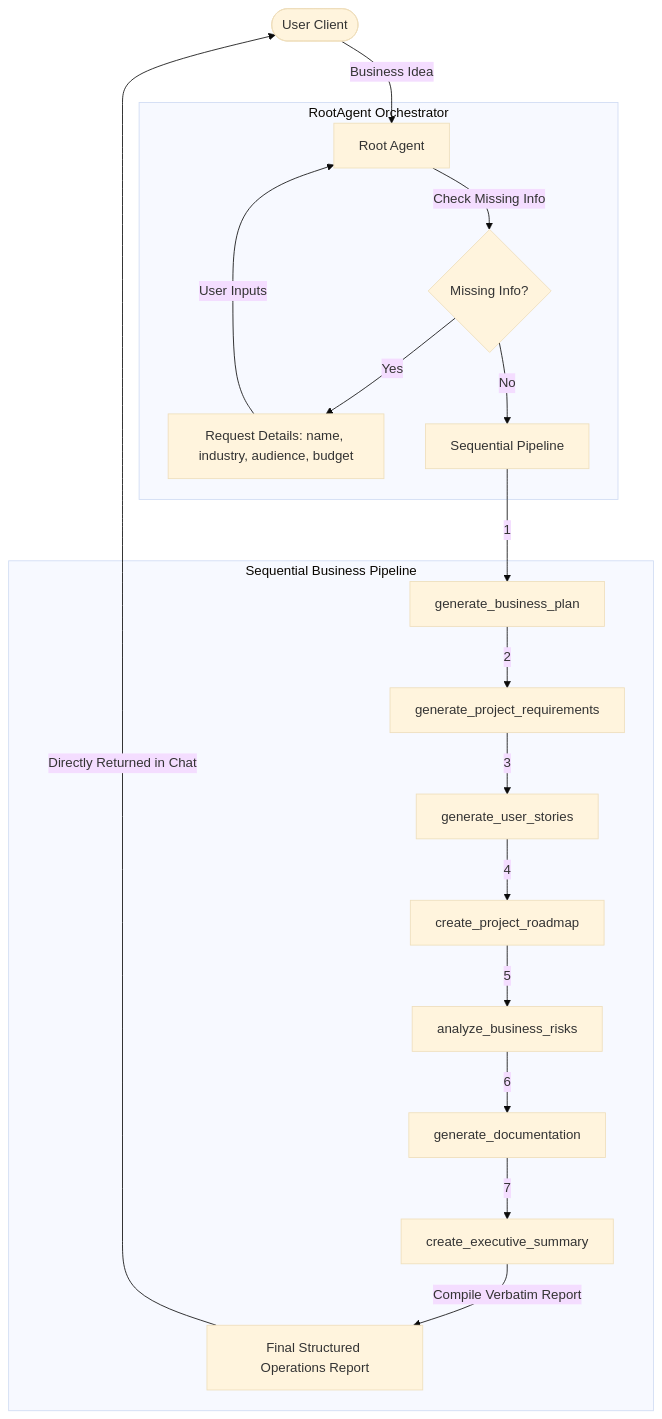
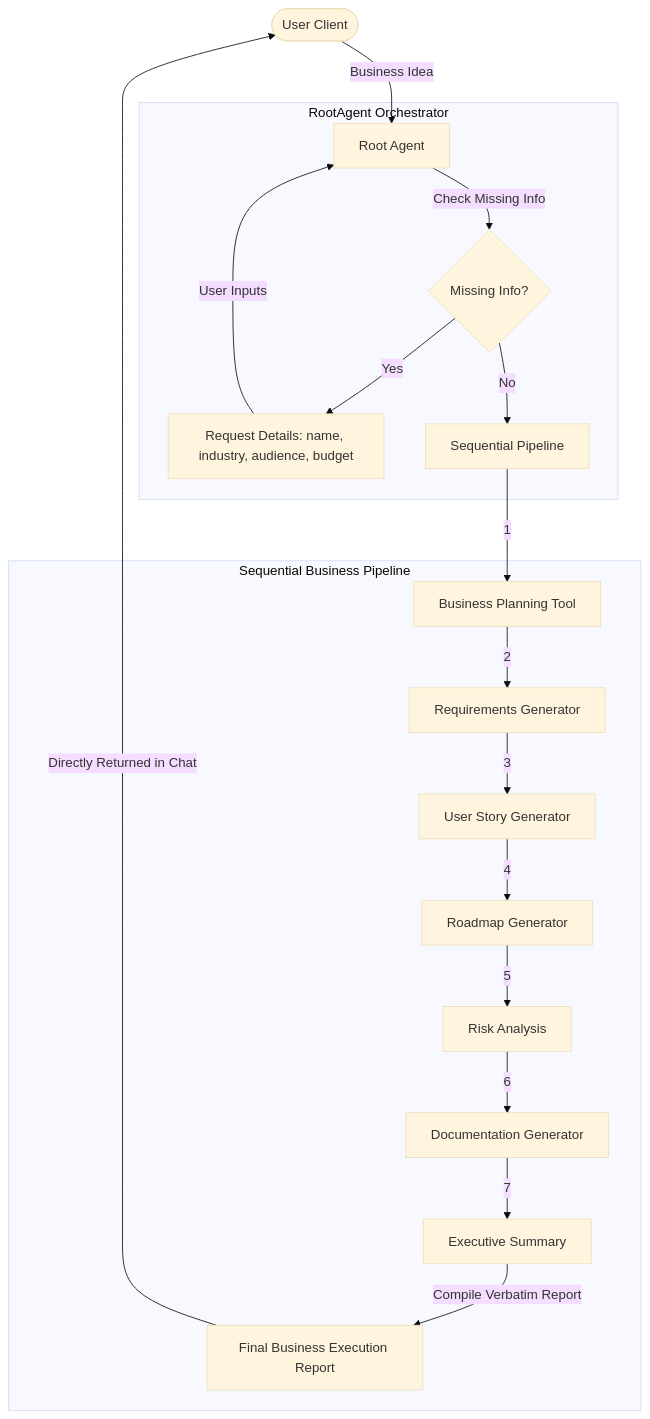
The diagram in README.md (uicoder1/sprintpilot-ai), drawn with Mermaid (base theme) before and after one commit. The commit also changed other lines of this file and 2 other files, not shown here.

Commit message:
Polished README.md, SUBMISSION_WRITEUP.md, and DEMO_SCRIPT.txt for final Capstone Submission readiness

````diff
--- a/README.md
+++ b/README.md
@@ -47,25 +47,25 @@
 ```mermaid
 graph TD
     User([User Client]) -->|Business Idea| RootAgent[Root Agent]
     
     subgraph RootAgent Orchestrator
         RootAgent -->|Check Missing Info| Missing{Missing Info?}
         Missing -->|Yes| AskUser[Request Details: name, industry, audience, budget]
         AskUser -->|User Inputs| RootAgent
         
         Missing -->|No| SeqWorkflow[Sequential Pipeline]
     end
     
     subgraph Sequential Business Pipeline
-        SeqWorkflow -->|1| BizPlan[generate_business_plan]
-        BizPlan -->|2| ReqGen[generate_project_requirements]
-        ReqGen -->|3| StoryGen[generate_user_stories]
-        StoryGen -->|4| RoadGen[create_project_roadmap]
-        RoadGen -->|5| RiskGen[analyze_business_risks]
-        RiskGen -->|6| DocGen[generate_documentation]
-        DocGen -->|7| ExecGen[create_executive_summary]
-        ExecGen -->|Compile Verbatim Report| Report[Final Structured Operations Report]
+        SeqWorkflow -->|1| BizPlan[Business Planning Tool]
+        BizPlan -->|2| ReqGen[Requirements Generator]
+        ReqGen -->|3| StoryGen[User Story Generator]
+        StoryGen -->|4| RoadGen[Roadmap Generator]
+        RoadGen -->|5| RiskGen[Risk Analysis]
+        RiskGen -->|6| DocGen[Documentation Generator]
+        DocGen -->|7| ExecGen[Executive Summary]
+        ExecGen -->|Compile Verbatim Report| Report[Final Business Execution Report]
     end
     
     Report -->|Directly Returned in Chat| User
 ```
````
